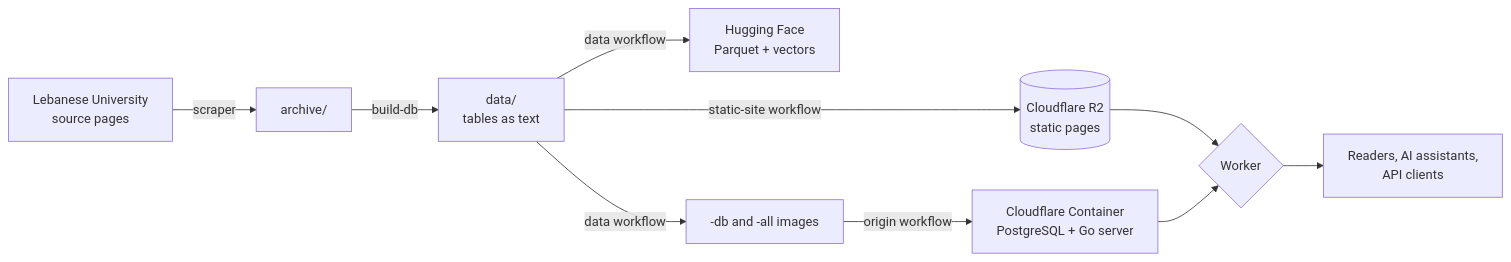
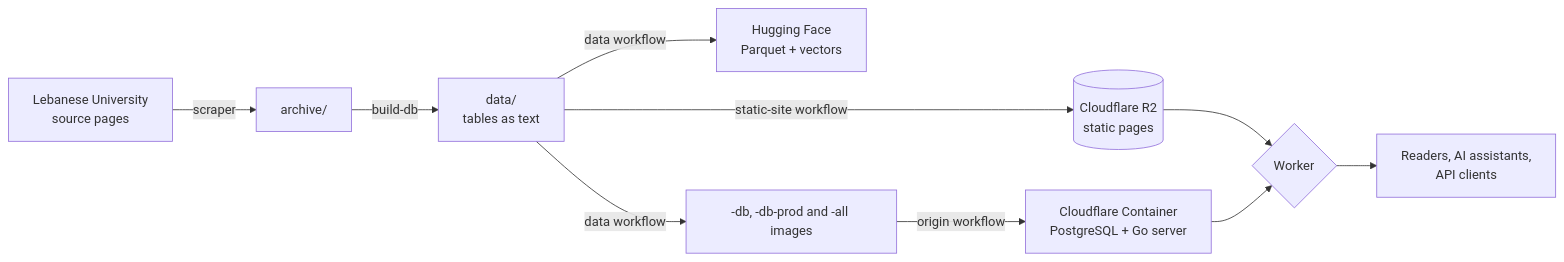
Before and after one commit to taktekhq/lebanese-legislation: the diagram in README.md, drawn with Mermaid. The commit also changed other lines of this file and 7 other files, not shown here.

````diff
--- a/README.md
+++ b/README.md
@@ -100,12 +100,12 @@
 ```mermaid
 flowchart LR
   UL[Lebanese University<br>source pages] -->|scraper| A[archive/]
   A -->|build-db| D[data/<br>tables as text]
   D -->|data workflow| HF[Hugging Face<br>Parquet + vectors]
   D -->|static-site workflow| R2[(Cloudflare R2<br>static pages)]
-  D -->|data workflow| IMG[-db and -all images]
+  D -->|data workflow| IMG[-db, -db-prod and -all images]
   IMG -->|origin workflow| C[Cloudflare Container<br>PostgreSQL + Go server]
   R2 --> W{Worker}
   C --> W
   W --> U[Readers, AI assistants,<br>API clients]
 ```
````
